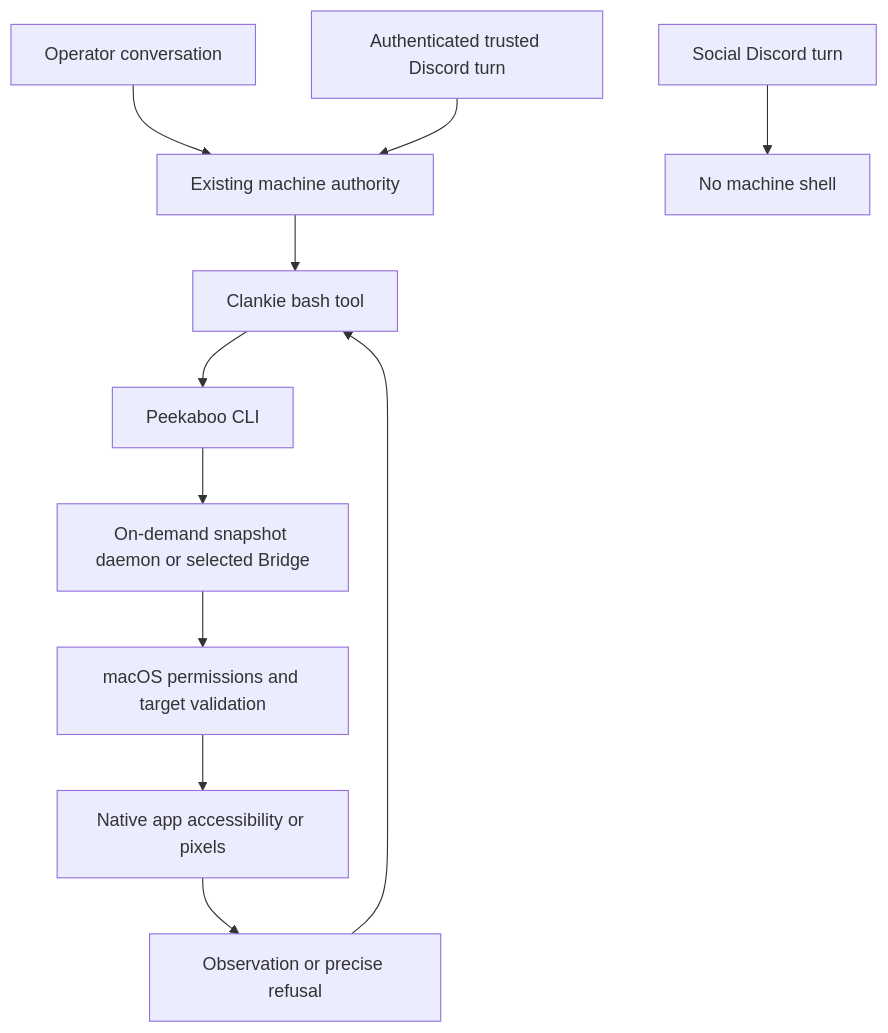
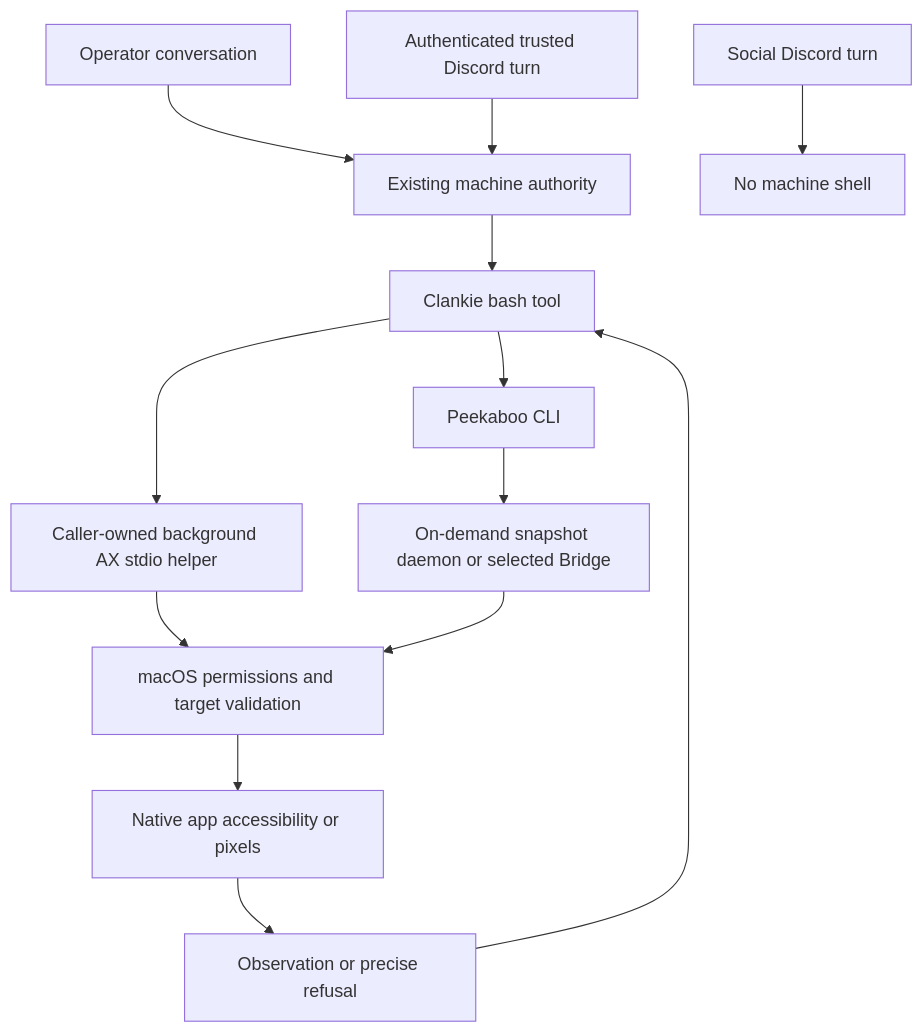
One commit to Volpestyle/clankie changed the diagram in docs/desktop-control.md. Above: the diagram before and after it, drawn with Mermaid. The commit also changed other lines of this file and 13 other files, not shown here.

````diff
--- a/docs/desktop-control.md
+++ b/docs/desktop-control.md
@@ -93,13 +130,15 @@
 ```mermaid
 flowchart TD
   O[Operator conversation] --> A[Existing machine authority]
   D[Authenticated trusted Discord turn] --> A
   S[Social Discord turn] --> N[No machine shell]
   A --> B[Clankie bash tool]
   B --> C[Peekaboo CLI]
+  B --> L[Caller-owned background AX stdio helper]
+  L --> P
   C --> H[On-demand snapshot daemon or selected Bridge]
   H --> P[macOS permissions and target validation]
   P --> X[Native app accessibility or pixels]
   X --> R[Observation or precise refusal]
   R --> B
 ```
````
